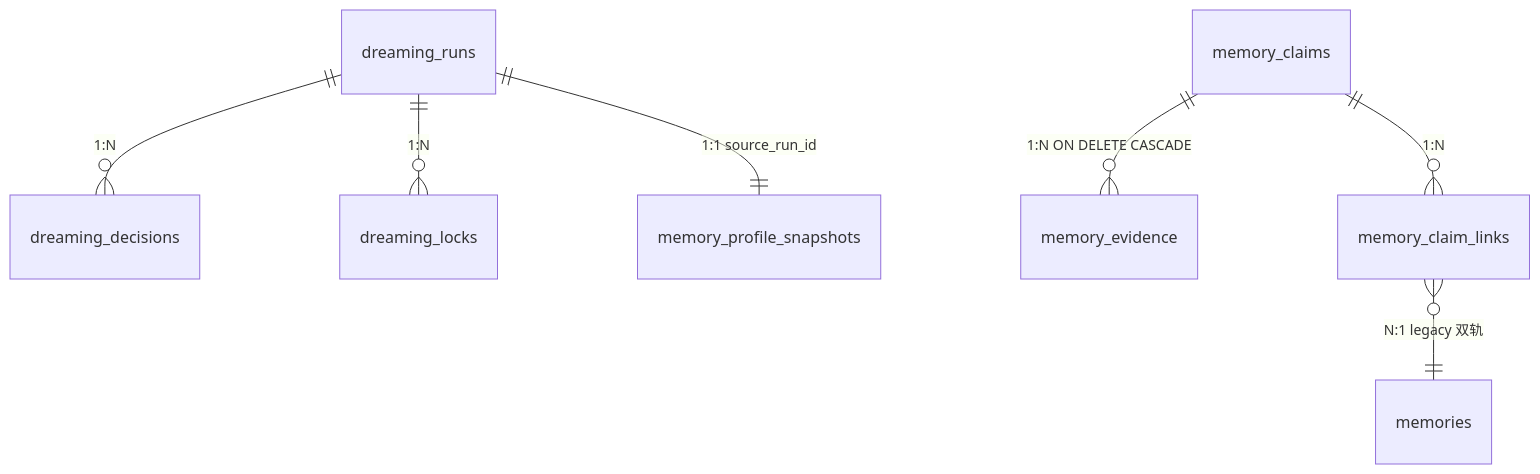
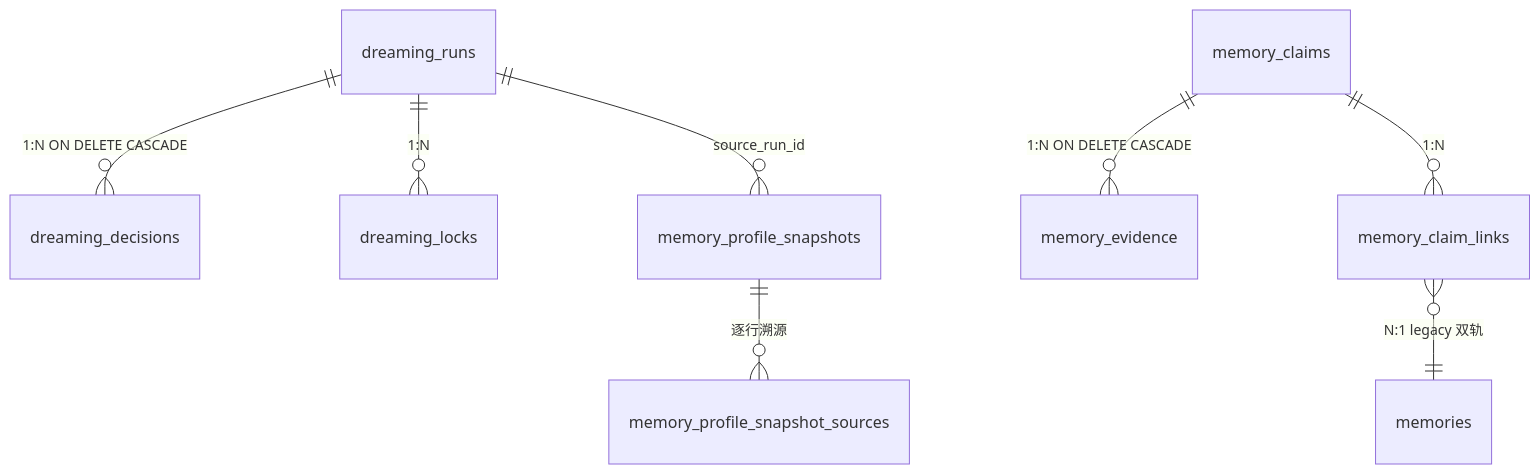
The second of 5 diagrams in docs/architecture/dreaming.md (shiwenwen/hope-agent), drawn with Mermaid before and after one commit. The commit also changed other lines of this file and 12 other files, not shown here.

````diff
--- a/docs/architecture/dreaming.md
+++ b/docs/architecture/dreaming.md
@@ -110,9 +168,10 @@
 ```mermaid
 erDiagram
-    dreaming_runs ||--o{ dreaming_decisions : "1:N"
+    dreaming_runs ||--o{ dreaming_decisions : "1:N ON DELETE CASCADE"
     dreaming_runs ||--o{ dreaming_locks : "1:N"
-    dreaming_runs ||--|| memory_profile_snapshots : "1:1 source_run_id"
+    dreaming_runs ||--o{ memory_profile_snapshots : "source_run_id"
+    memory_profile_snapshots ||--o{ memory_profile_snapshot_sources : "逐行溯源"
     memory_claims ||--o{ memory_evidence : "1:N ON DELETE CASCADE"
     memory_claims ||--o{ memory_claim_links : "1:N"
     memory_claim_links }o--|| memories : "N:1 legacy 双轨"
 ```
````
